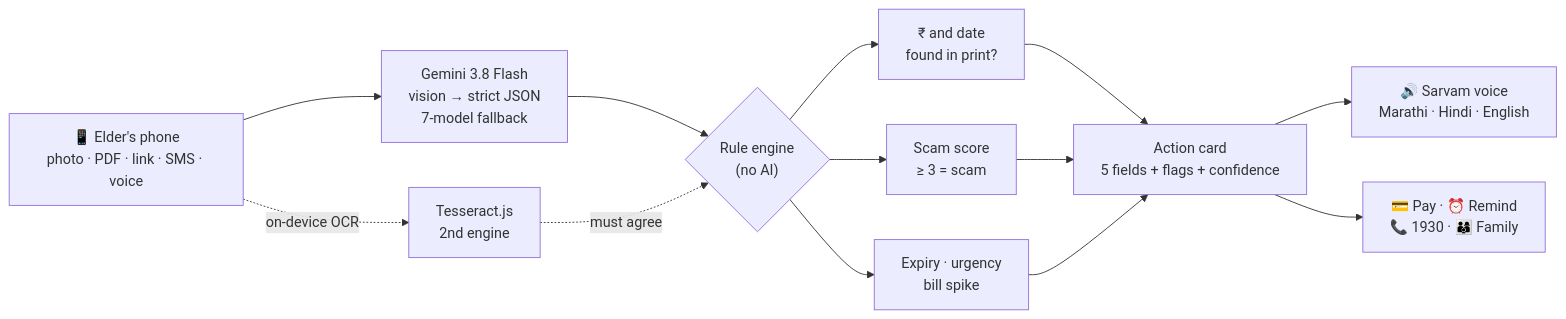
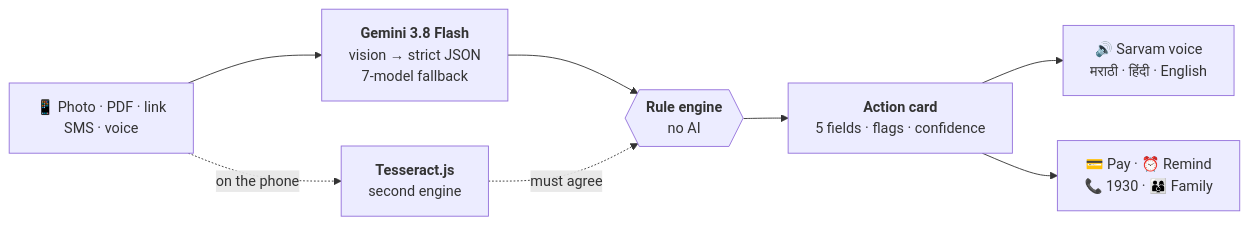
One commit to anveshchafle-cmd/vaachak changed the diagram in README.md. Above: the diagram before and after it, drawn with Mermaid. The commit also changed other lines of this file and 20 other files, not shown here.

````diff
--- a/README.md
+++ b/README.md
@@ -114,13 +90,10 @@
 ```mermaid
 flowchart LR
-    A["📱 Elder's phone<br/>photo · PDF · link · SMS · voice"] --> B["Gemini 3.8 Flash<br/>vision → strict JSON<br/>7-model fallback"]
-    A -. on-device OCR .-> T["Tesseract.js<br/>2nd engine"]
-    B --> R{"Rule engine<br/>(no AI)"}
-    T -. must agree .-> R
-    R --> R1["₹ and date<br/>found in print?"]
-    R --> R2["Scam score<br/>≥ 3 = scam"]
-    R --> R3["Expiry · urgency<br/>bill spike"]
-    R1 & R2 & R3 --> C["Action card<br/>5 fields + flags + confidence"]
-    C --> V["🔊 Sarvam voice<br/>Marathi · Hindi · English"]
-    C --> P["💳 Pay · ⏰ Remind<br/>📞 1930 · 👨‍👩‍👦 Family"]
+    IN["📱 Photo · PDF · link<br/>SMS · voice"] --> AI["<b>Gemini 3.8 Flash</b><br/>vision → strict JSON<br/>7-model fallback"]
+    IN -. on the phone .-> OCR["<b>Tesseract.js</b><br/>second engine"]
+    AI --> RULES{{"<b>Rule engine</b><br/>no AI"}}
+    OCR -. must agree .-> RULES
+    RULES --> CARD["<b>Action card</b><br/>5 fields · flags · confidence"]
+    CARD --> VOICE["🔊 Sarvam voice<br/>मराठी · हिंदी · English"]
+    CARD --> ACT["💳 Pay · ⏰ Remind<br/>📞 1930 · 👨‍👩‍👦 Family"]
 ```
````
